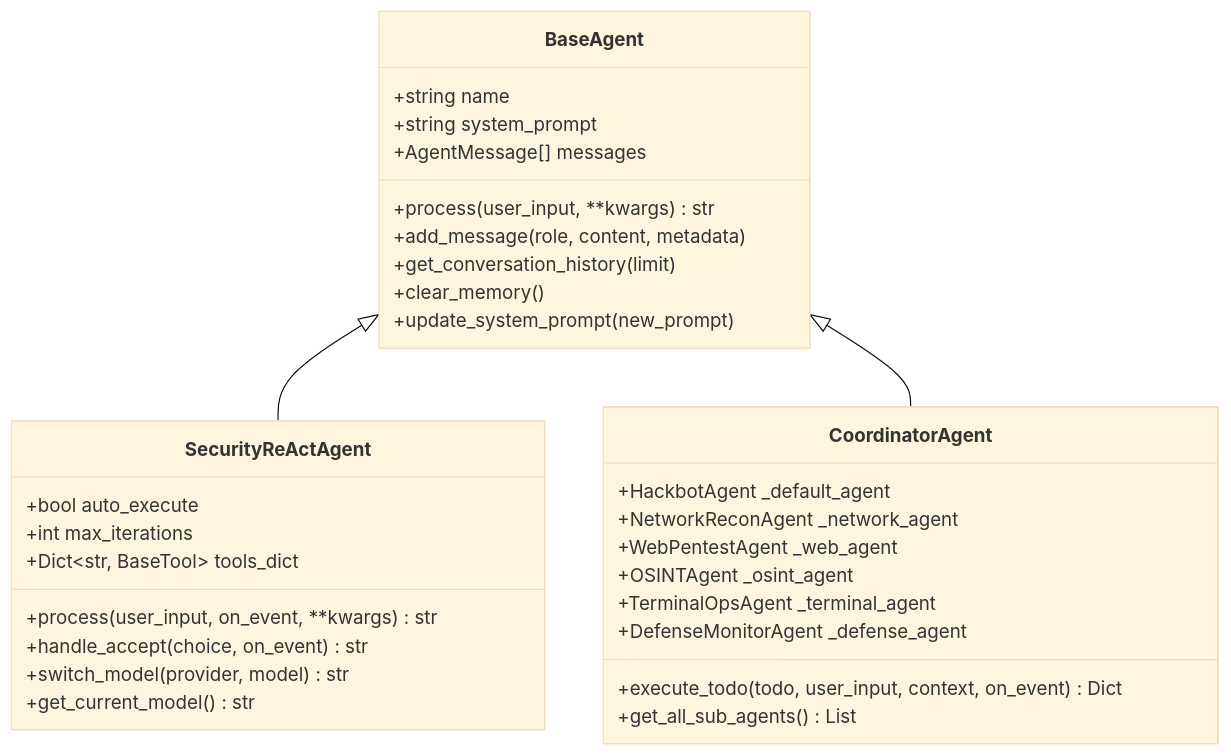
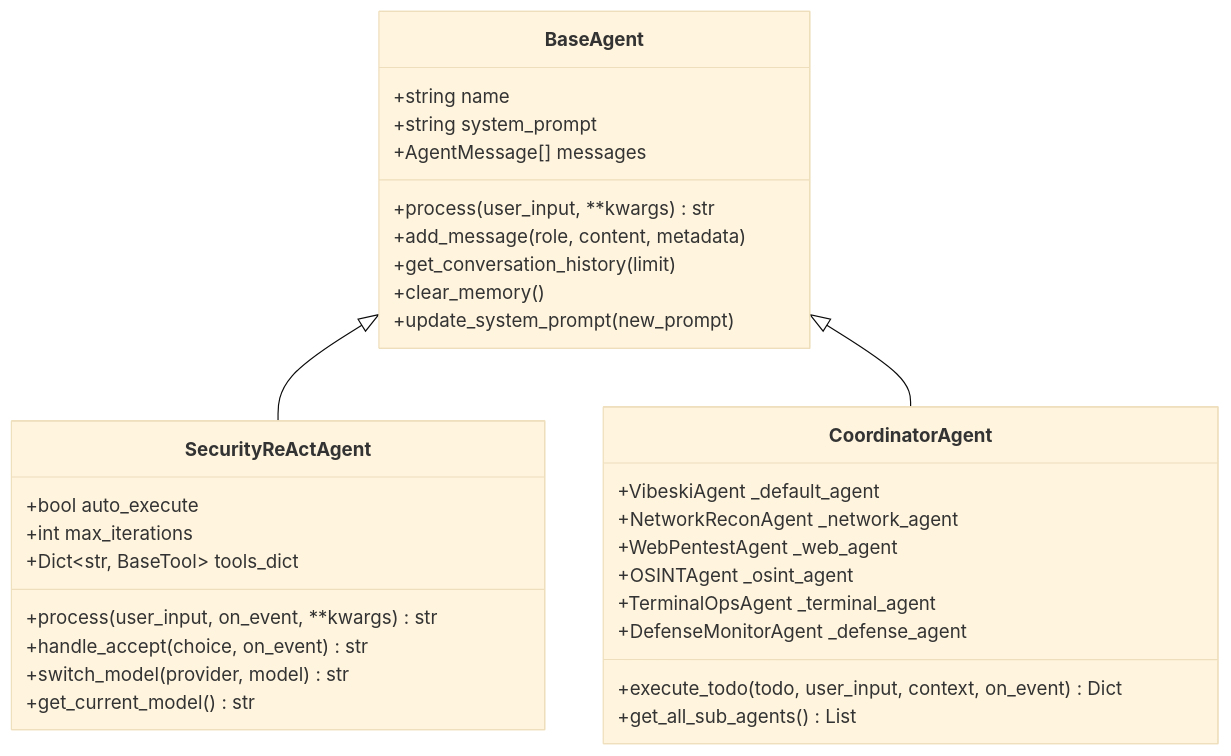
One commit to crabin/VIBESKI changed the second of 11 diagrams in .qoder/repowiki/zh/content/Security React Agent.md. Above: the diagram before and after it, drawn with Mermaid (base theme). The commit also changed other lines of this file and 170 other files, not shown here.

Commit message:
chore: rename all secbot/hackbot identifiers to vibeski

````diff
--- a/.qoder/repowiki/zh/content/Security React Agent.md
+++ b/.qoder/repowiki/zh/content/Security React Agent.md
@@ -131,34 +131,34 @@
 ```mermaid
 classDiagram
 class BaseAgent {
 +string name
 +string system_prompt
 +AgentMessage[] messages
 +process(user_input, **kwargs) str
 +add_message(role, content, metadata)
 +get_conversation_history(limit)
 +clear_memory()
 +update_system_prompt(new_prompt)
 }
 class SecurityReActAgent {
 +bool auto_execute
 +int max_iterations
 +Dict~str, BaseTool~ tools_dict
 +process(user_input, on_event, **kwargs) str
 +handle_accept(choice, on_event) str
 +switch_model(provider, model) str
 +get_current_model() str
 }
 class CoordinatorAgent {
-+HackbotAgent _default_agent
++VibeskiAgent _default_agent
 +NetworkReconAgent _network_agent
 +WebPentestAgent _web_agent
 +OSINTAgent _osint_agent
 +TerminalOpsAgent _terminal_agent
 +DefenseMonitorAgent _defense_agent
 +execute_todo(todo, user_input, context, on_event) Dict
 +get_all_sub_agents() List
 }
 BaseAgent <|-- SecurityReActAgent
 BaseAgent <|-- CoordinatorAgent
 ```
````
